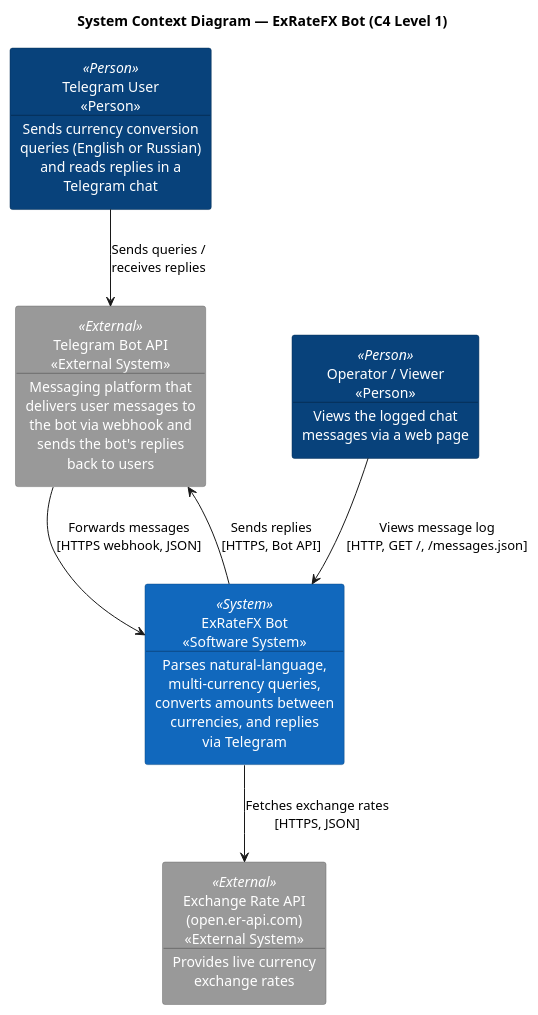
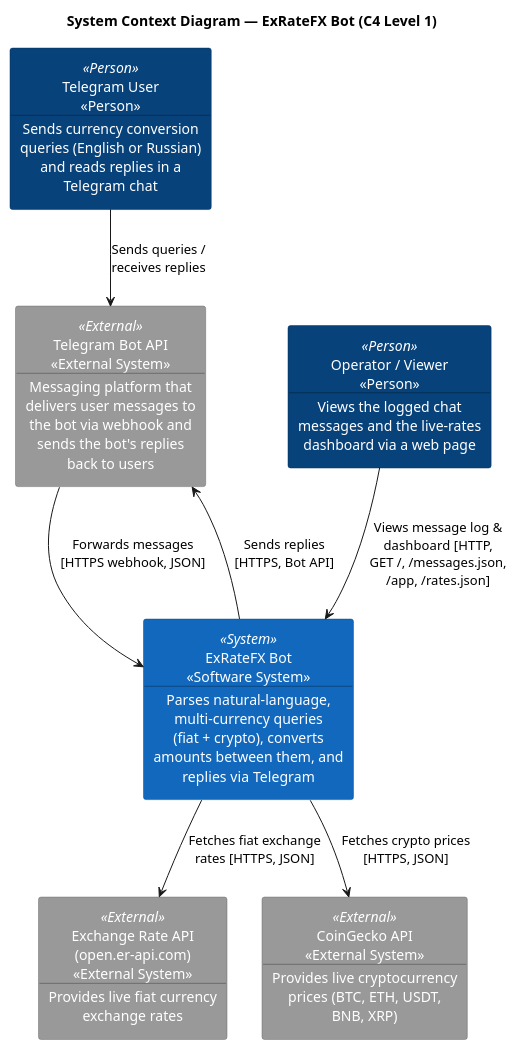
Before and after one commit to dnkdev1/ExRateFX_Bot: the diagram in docs/architecture/c4-level1-system-context.puml, drawn with PlantUML. The commit also changed 2 other files, not shown here.

Commit message:
Redraw C4 diagrams for crypto support
Reflects the CoinGecko/composite rate gateway added since these were
last drawn:
- Context: adds CoinGecko API as a second external dependency
- Container: the single Web Application now depends on both rate APIs
- Component: adds CompositeCurrencyRateGateway and CoinGeckoRateGateway;
  AnswerCurrencyQueryUseCase and GetLiveRatesUseCase now point at the
  composite instead of directly at ExchangeRateApiGateway

Claude-Session: https://claude.ai/code/session_015xzGzvegDWrHKXEiszEjdw

```diff
--- a/docs/architecture/c4-level1-system-context.puml
+++ b/docs/architecture/c4-level1-system-context.puml
@@ -1,38 +1,41 @@
 @startuml C4_Level1_SystemContext_ExRateFX_Bot
 
 title System Context Diagram — ExRateFX Bot (C4 Level 1)
 
 skinparam backgroundColor #FFFFFF
 skinparam shadowing false
 skinparam defaultTextAlignment center
 skinparam rectangle {
   BackgroundColor<<Person>>   #08427B
   FontColor<<Person>>         #FFFFFF
   BorderColor<<Person>>       #052E56
 
   BackgroundColor<<System>>   #1168BD
   FontColor<<System>>         #FFFFFF
   BorderColor<<System>>       #0B4884
 
   BackgroundColor<<External>> #999999
   FontColor<<External>>       #FFFFFF
   BorderColor<<External>>     #6B6B6B
 }
 
 rectangle "Telegram User\n<<Person>>\n--\nSends currency conversion\nqueries (English or Russian)\nand reads replies in a\nTelegram chat" <<Person>> as TelegramUser
 
-rectangle "Operator / Viewer\n<<Person>>\n--\nViews the logged chat\nmessages via a web page" <<Person>> as Viewer
+rectangle "Operator / Viewer\n<<Person>>\n--\nViews the logged chat\nmessages and the live-rates\ndashboard via a web page" <<Person>> as Viewer
 
-rectangle "ExRateFX Bot\n<<Software System>>\n--\nParses natural-language,\nmulti-currency queries,\nconverts amounts between\ncurrencies, and replies\nvia Telegram" <<System>> as Bot
+rectangle "ExRateFX Bot\n<<Software System>>\n--\nParses natural-language,\nmulti-currency queries\n(fiat + crypto), converts\namounts between them, and\nreplies via Telegram" <<System>> as Bot
 
 rectangle "Telegram Bot API\n<<External System>>\n--\nMessaging platform that\ndelivers user messages to\nthe bot via webhook and\nsends the bot's replies\nback to users" <<External>> as TelegramApi
 
-rectangle "Exchange Rate API\n(open.er-api.com)\n<<External System>>\n--\nProvides live currency\nexchange rates" <<External>> as RatesApi
+rectangle "Exchange Rate API\n(open.er-api.com)\n<<External System>>\n--\nProvides live fiat currency\nexchange rates" <<External>> as RatesApi
+
+rectangle "CoinGecko API\n<<External System>>\n--\nProvides live cryptocurrency\nprices (BTC, ETH, USDT,\nBNB, XRP)" <<External>> as CryptoApi
 
 TelegramUser --> TelegramApi : "Sends queries /\nreceives replies"
 TelegramApi --> Bot : "Forwards messages\n[HTTPS webhook, JSON]"
 Bot --> TelegramApi : "Sends replies\n[HTTPS, Bot API]"
-Bot --> RatesApi : "Fetches exchange rates\n[HTTPS, JSON]"
-Viewer --> Bot : "Views message log\n[HTTP, GET /, /messages.json]"
+Bot --> RatesApi : "Fetches fiat exchange\nrates [HTTPS, JSON]"
+Bot --> CryptoApi : "Fetches crypto prices\n[HTTPS, JSON]"
+Viewer --> Bot : "Views message log &\ndashboard [HTTP,\nGET /, /messages.json,\n/app, /rates.json]"
 
 @enduml
```
